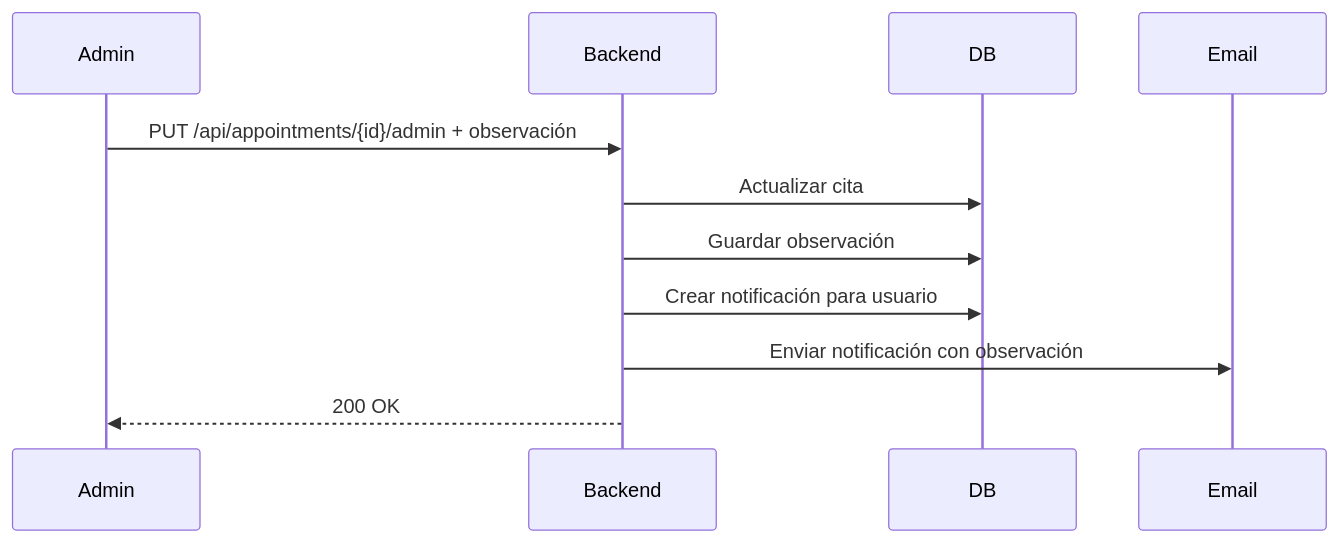
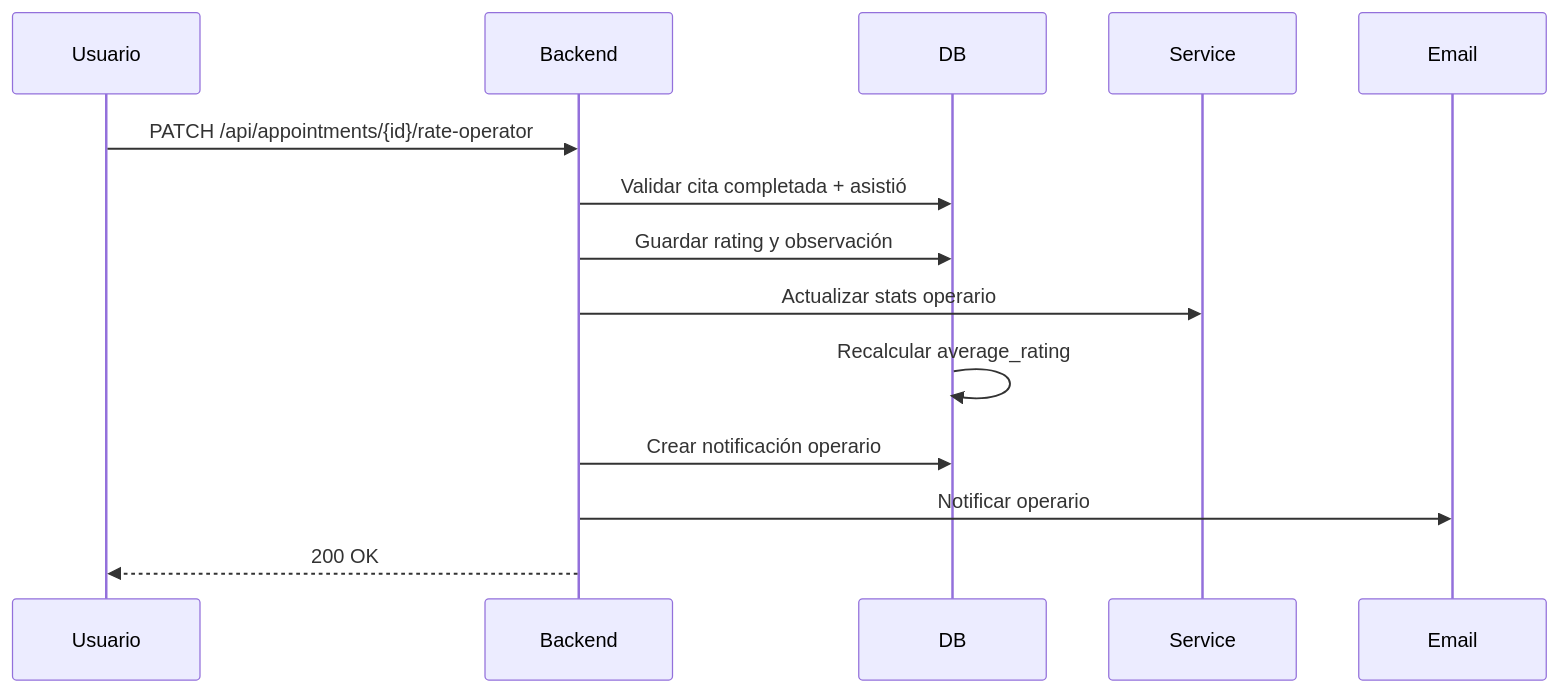
One commit to Andres-Martinez-2706/Proyecto_entornos changed the fourth of 6 diagrams in appointments_backend/README.md. Above: the diagram before and after it, drawn with Mermaid. The commit also changed other lines of this file and 5 other files, not shown here.

````diff
--- a/appointments_backend/README.md
+++ b/appointments_backend/README.md
@@ -537,9 +1320,11 @@
 ```mermaid
 sequenceDiagram
-    Admin->>Backend: PUT /api/appointments/{id}/admin + observación
-    Backend->>DB: Actualizar cita
-    Backend->>DB: Guardar observación
-    Backend->>DB: Crear notificación para usuario
-    Backend->>Email: Enviar notificación con observación
-    Backend-->>Admin: 200 OK
+    Usuario->>Backend: PATCH /api/appointments/{id}/rate-operator
+    Backend->>DB: Validar cita completada + asistió
+    Backend->>DB: Guardar rating y observación
+    Backend->>Service: Actualizar stats operario
+    DB->>DB: Recalcular average_rating
+    Backend->>DB: Crear notificación operario
+    Backend->>Email: Notificar operario
+    Backend-->>Usuario: 200 OK
 ```
````
